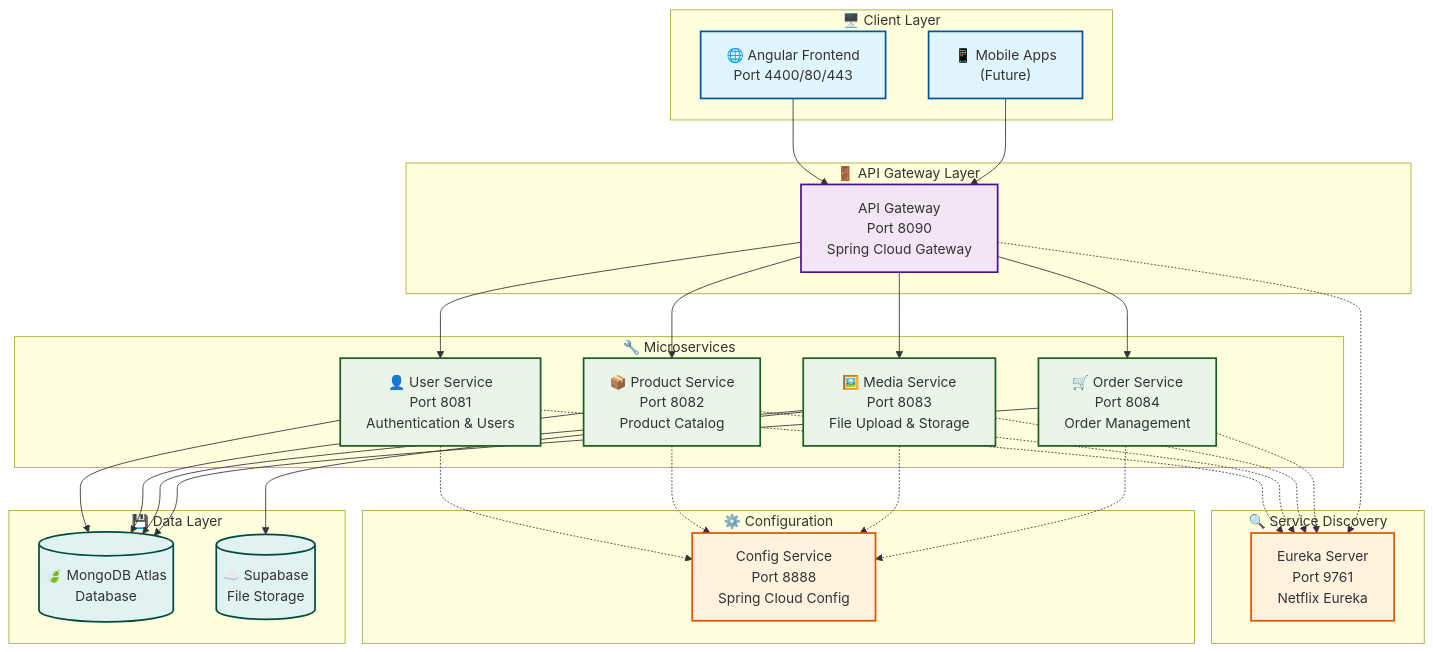
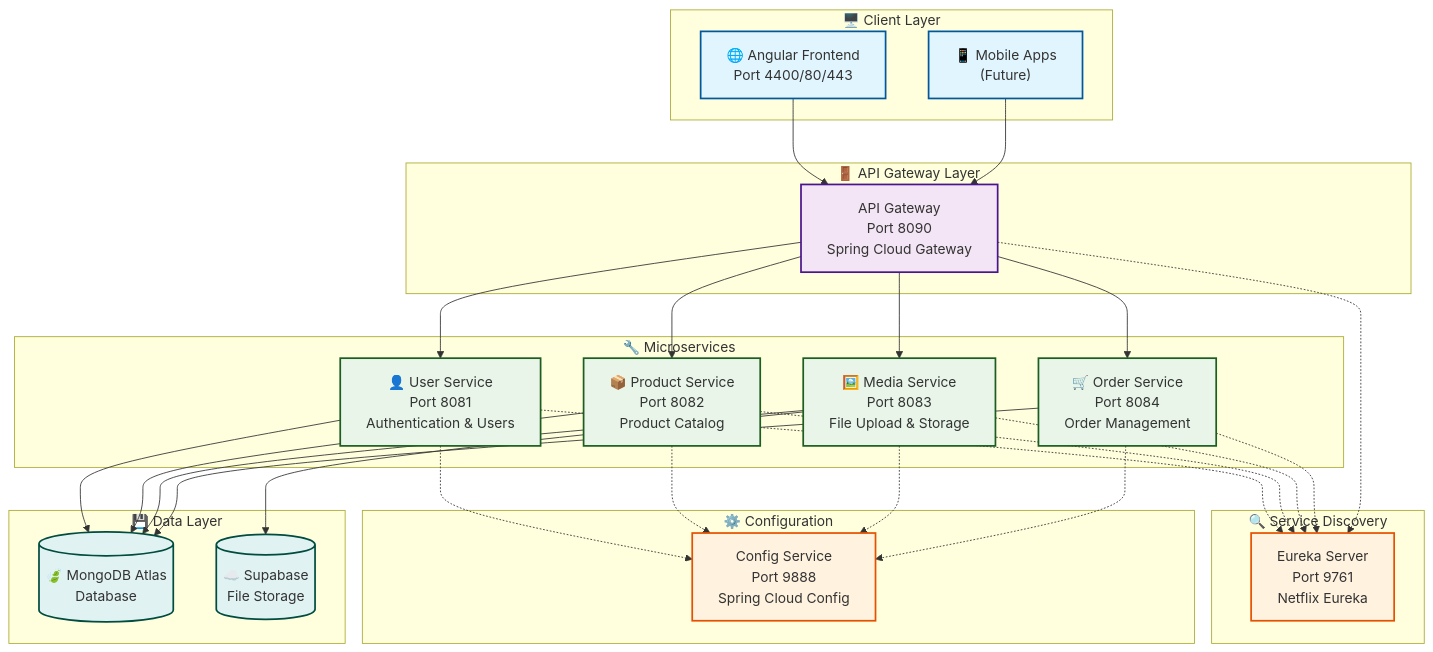
Before and after one commit to TanakAiko/mr-jenk: the diagram in README.md, drawn with Mermaid. The commit also changed other lines of this file and 9 other files, not shown here.

Commit message:
Update Config Service port from 8888 to 9888 across multiple files and configurations

````diff
--- a/README.md
+++ b/README.md
@@ -27,67 +27,67 @@
 ```mermaid
 flowchart TB
     subgraph Client["🖥️ Client Layer"]
         WEB["🌐 Angular Frontend<br/>Port 4400/80/443"]
         MOBILE["📱 Mobile Apps<br/>(Future)"]
     end
     
     subgraph Gateway["🚪 API Gateway Layer"]
         APIGATE["API Gateway<br/>Port 8090<br/>Spring Cloud Gateway"]
     end
     
     subgraph Discovery["🔍 Service Discovery"]
         EUREKA["Eureka Server<br/>Port 9761<br/>Netflix Eureka"]
     end
     
     subgraph Config["⚙️ Configuration"]
-        CONFIGSVC["Config Service<br/>Port 8888<br/>Spring Cloud Config"]
+        CONFIGSVC["Config Service<br/>Port 9888<br/>Spring Cloud Config"]
     end
     
     subgraph Services["🔧 Microservices"]
         USER["👤 User Service<br/>Port 8081<br/>Authentication & Users"]
         PRODUCT["📦 Product Service<br/>Port 8082<br/>Product Catalog"]
         MEDIA["🖼️ Media Service<br/>Port 8083<br/>File Upload & Storage"]
         ORDER["🛒 Order Service<br/>Port 8084<br/>Order Management"]
     end
     
     subgraph Data["💾 Data Layer"]
         MONGO[("🍃 MongoDB Atlas<br/>Database")]
         SUPABASE[("☁️ Supabase<br/>File Storage")]
     end
     
     WEB --> APIGATE
     MOBILE --> APIGATE
     APIGATE --> USER
     APIGATE --> PRODUCT
     APIGATE --> MEDIA
     APIGATE --> ORDER
     
     USER -.-> EUREKA
     PRODUCT -.-> EUREKA
     MEDIA -.-> EUREKA
     ORDER -.-> EUREKA
     APIGATE -.-> EUREKA
     
     USER -.-> CONFIGSVC
     PRODUCT -.-> CONFIGSVC
     MEDIA -.-> CONFIGSVC
     ORDER -.-> CONFIGSVC
     
     USER --> MONGO
     PRODUCT --> MONGO
     MEDIA --> MONGO
     ORDER --> MONGO
     MEDIA --> SUPABASE
     
     classDef clientStyle fill:#e1f5fe,stroke:#01579b,stroke-width:2px
     classDef gatewayStyle fill:#f3e5f5,stroke:#4a148c,stroke-width:2px
     classDef serviceStyle fill:#e8f5e8,stroke:#1b5e20,stroke-width:2px
     classDef dataStyle fill:#e0f2f1,stroke:#004d40,stroke-width:2px
     classDef configStyle fill:#fff3e0,stroke:#e65100,stroke-width:2px
     
     class WEB,MOBILE clientStyle
     class APIGATE gatewayStyle
     class USER,PRODUCT,MEDIA,ORDER serviceStyle
     class MONGO,SUPABASE dataStyle
     class EUREKA,CONFIGSVC configStyle
 ```
````
